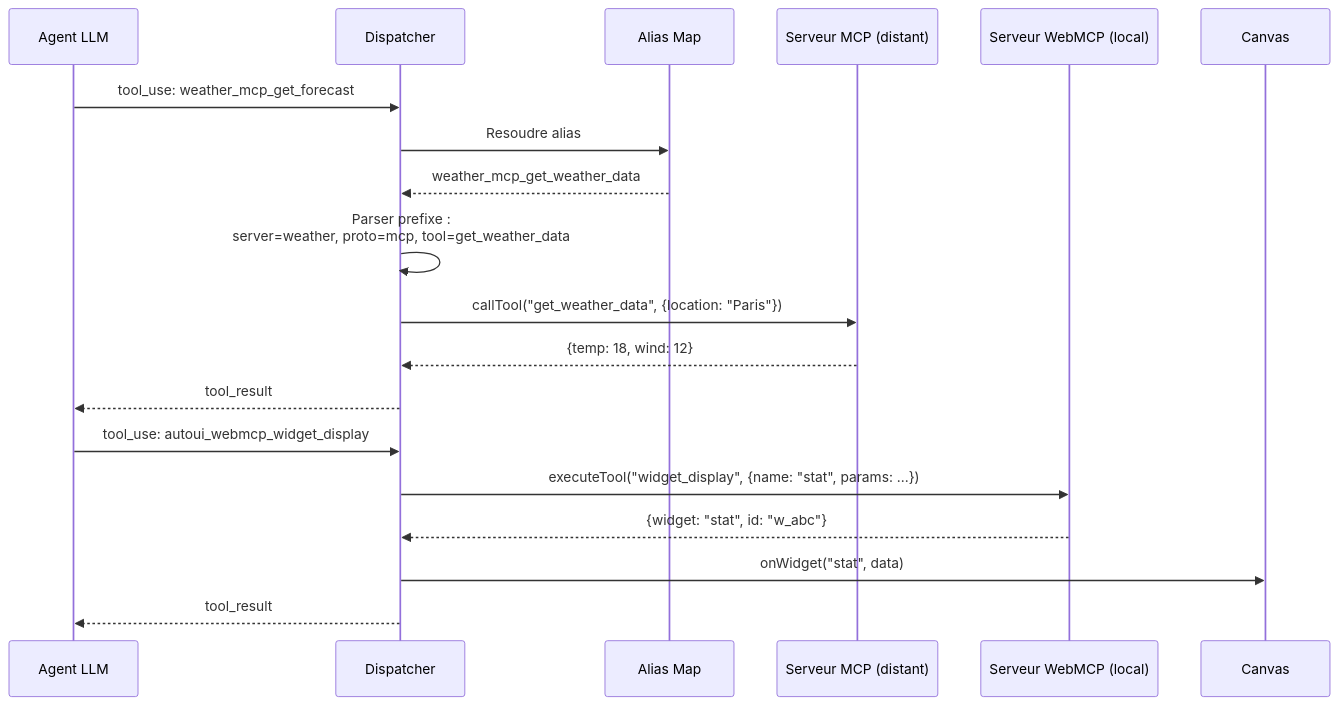
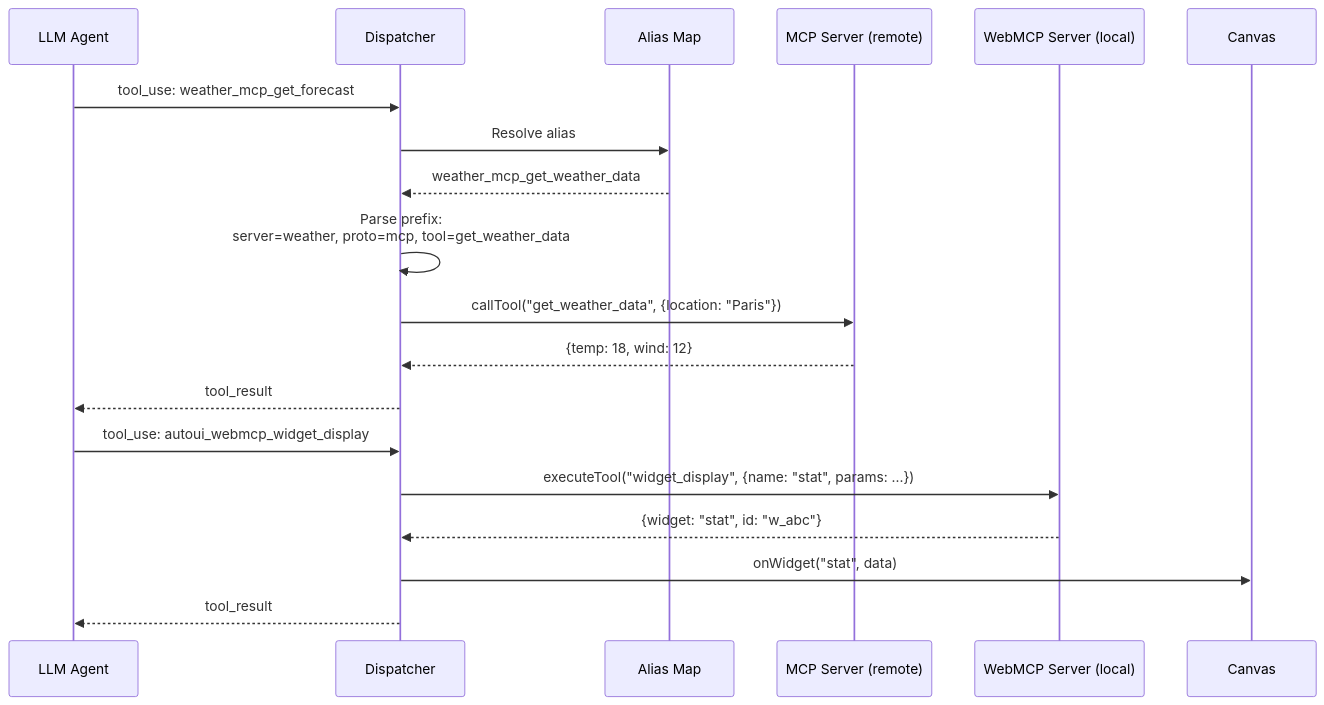
The first of 2 diagrams in docs/starlight/src/content/docs/guide/tool-calling.mdx (jeanbaptiste/webmcp-auto-ui), drawn with Mermaid before and after one commit. The commit also changed other lines of this file and 94 other files, not shown here.

````diff
--- a/docs/starlight/src/content/docs/guide/tool-calling.mdx
+++ b/docs/starlight/src/content/docs/guide/tool-calling.mdx
@@ -12,23 +12,23 @@
 ```mermaid
 sequenceDiagram
-    participant LLM as Agent LLM
+    participant LLM as LLM Agent
     participant DISP as Dispatcher
     participant ALIAS as Alias Map
-    participant MCP as Serveur MCP (distant)
-    participant WMCP as Serveur WebMCP (local)
+    participant MCP as MCP Server (remote)
+    participant WMCP as WebMCP Server (local)
     participant CANVAS as Canvas
 
     LLM->>DISP: tool_use: weather_mcp_get_forecast
-    DISP->>ALIAS: Resoudre alias
+    DISP->>ALIAS: Resolve alias
     ALIAS-->>DISP: weather_mcp_get_weather_data
-    DISP->>DISP: Parser prefixe :<br/>server=weather, proto=mcp, tool=get_weather_data
+    DISP->>DISP: Parse prefix:<br/>server=weather, proto=mcp, tool=get_weather_data
     DISP->>MCP: callTool("get_weather_data", {location: "Paris"})
     MCP-->>DISP: {temp: 18, wind: 12}
     DISP-->>LLM: tool_result
 
     LLM->>DISP: tool_use: autoui_webmcp_widget_display
     DISP->>WMCP: executeTool("widget_display", {name: "stat", params: ...})
     WMCP-->>DISP: {widget: "stat", id: "w_abc"}
     DISP->>CANVAS: onWidget("stat", data)
     DISP-->>LLM: tool_result
 ```
````
